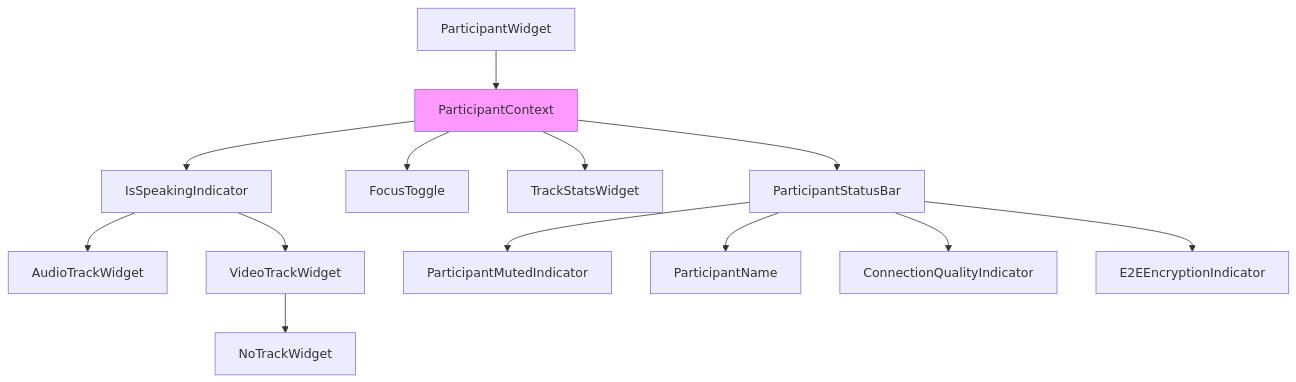
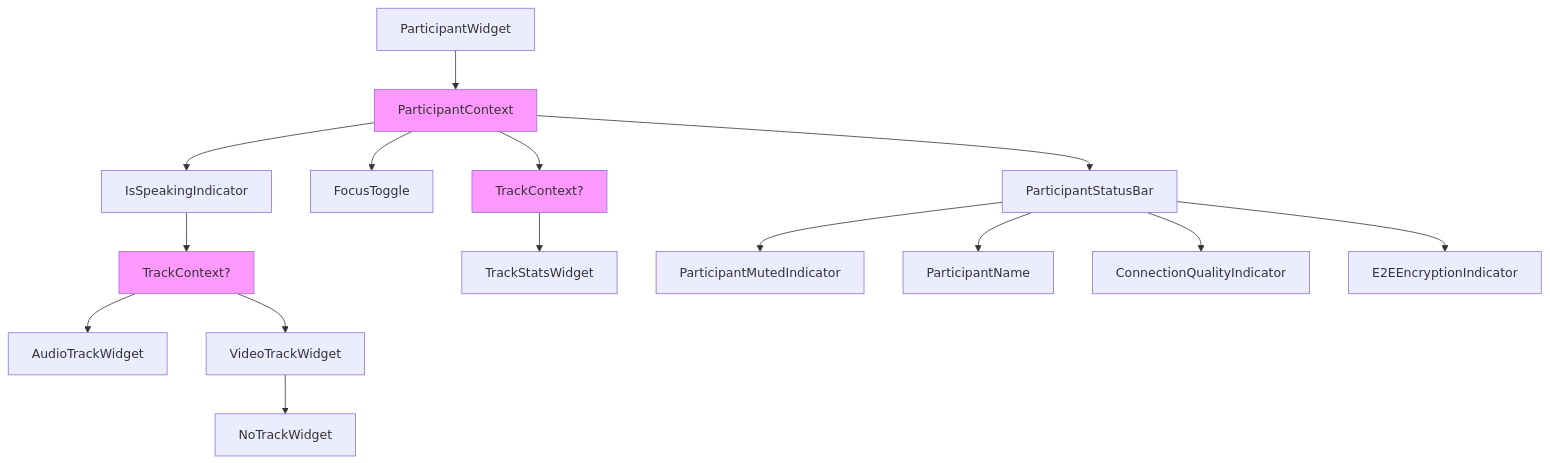
Before and after one commit to vineeth-vk11/components-flutter: the fourth of 4 diagrams in docs/flowchart.md, drawn with Mermaid. The commit also changed other lines of this file, not shown here.

````diff
--- a/docs/flowchart.md
+++ b/docs/flowchart.md
@@ -58,16 +58,20 @@
 ```mermaid
 flowchart TD
 A[ParticipantWidget] --> B[ParticipantContext]
 style B fill:#f9f
 B --> C[IsSpeakingIndicator]
-C --> D1[AudioTrackWidget]
-C --> D2[VideoTrackWidget]
+C --> C1[TrackContext?]
+style C1 fill:#f9f
+C1 --> D1[AudioTrackWidget]
+C1 --> D2[VideoTrackWidget]
 B --> D3[FocusToggle]
-B --> D4[TrackStatsWidget]
+B --> B1[TrackContext?]
+style B1 fill:#f9f
+B1 --> D4[TrackStatsWidget]
 B --> D5[ParticipantStatusBar]
 D2 --> F[NoTrackWidget]
 D5 --> G1[ParticipantMutedIndicator]
 D5 --> G2[ParticipantName]
 D5 --> G3[ConnectionQualityIndicator]
 D5 --> G4[E2EEncryptionIndicator]
 ```
````
